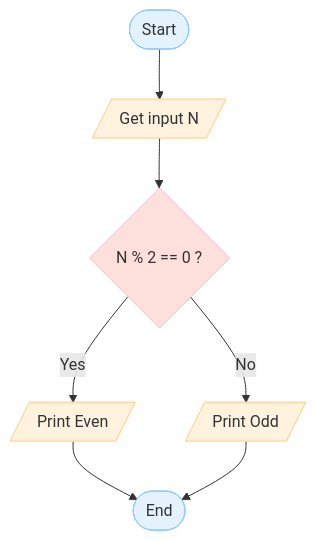
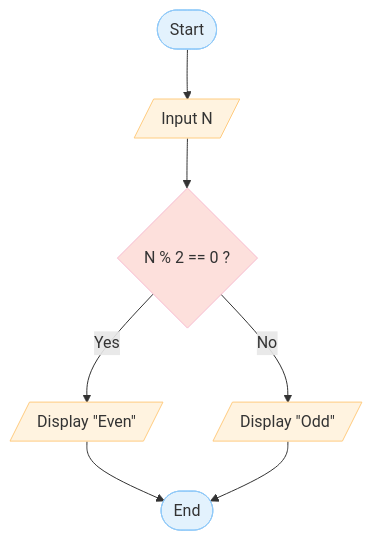
One commit to joelBIT/workshop-pseudocode-flowcharts changed the sixth of 9 diagrams in README.md. Above: the diagram before and after it, drawn with Mermaid. The commit also changed other lines of this file, not shown here.

Commit message:
Update display messages in flowcharts

````diff
--- a/README.md
+++ b/README.md
@@ -224,13 +224,13 @@
 ```mermaid
 flowchart TD
-    A([Start]):::term --> I[/Get input N/]:::io
+    A([Start]):::term --> I[/Input N/]:::io
     I --> B{N % 2 == 0 ?}:::dec
-    B -->|Yes| C[/Print Even/]:::io
-    B -->|No| D[/Print Odd/]:::io
+    B -->|Yes| C[/Display "Even"/]:::io
+    B -->|No| D[/Display "Odd"/]:::io
     C --> E([End]):::term
     D --> E([End]):::term
 
 classDef term fill:#e3f2fd,stroke:#90caf9,color:#333,stroke-width:1px;
 classDef io fill:#fff3e0,stroke:#ffcc80,color:#333,stroke-width:1px;
 classDef dec fill:#fde0dc,stroke:#f8bbd0,color:#333,stroke-width:1px;
 ```
````
